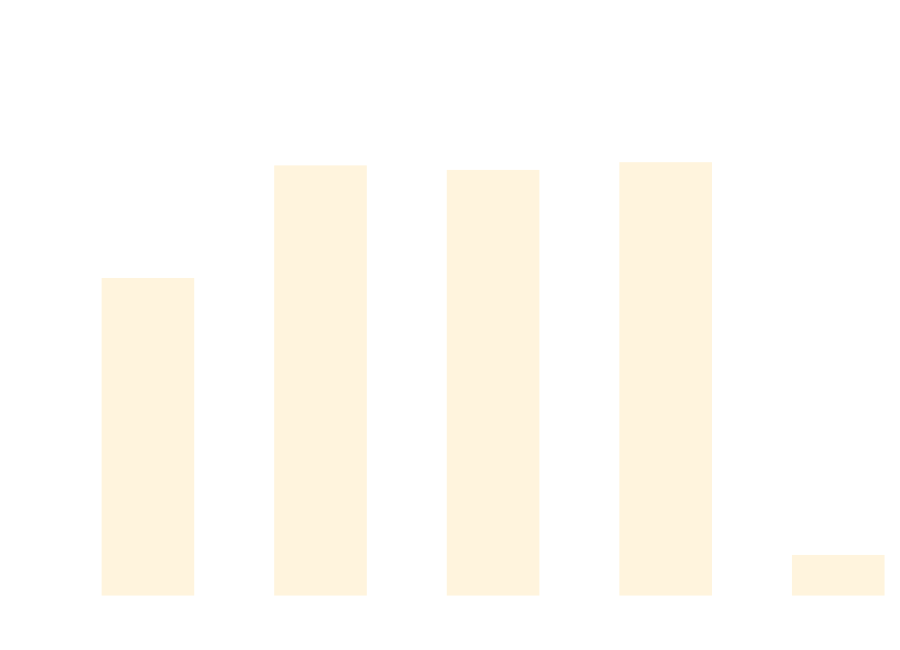
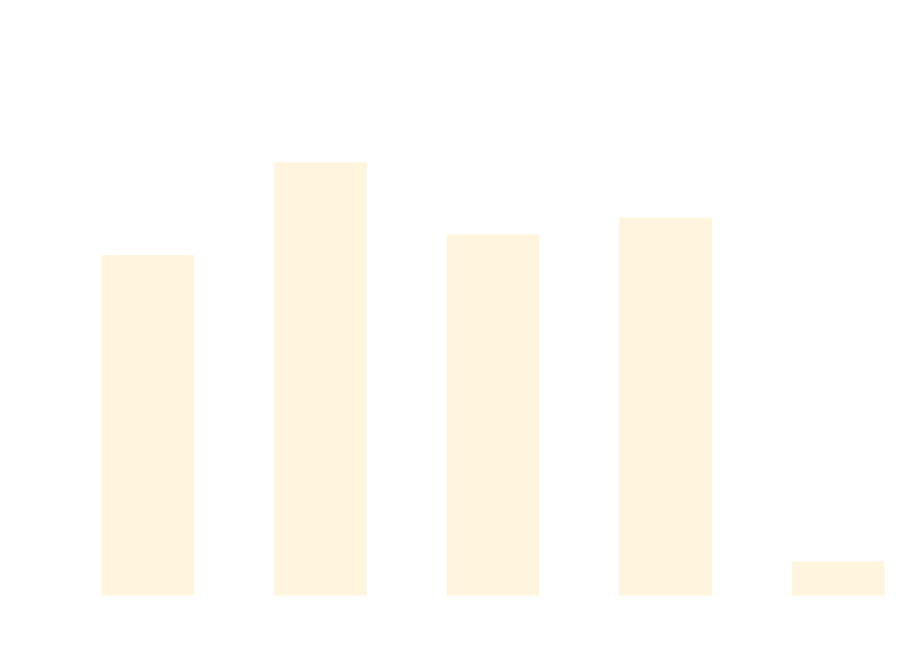
One commit to thomhurst/TUnit changed the diagram in docs/docs/benchmarks/ScaleTests.md. Above: the diagram before and after it, drawn with Mermaid. The commit also changed other lines of this file and 17 other files, not shown here.

````diff
--- a/docs/docs/benchmarks/ScaleTests.md
+++ b/docs/docs/benchmarks/ScaleTests.md
@@ -27,37 +27,37 @@
 ```mermaid
 %%{init: {
   'theme':'base',
   'themeVariables': {
     'primaryColor': '#2563eb',
     'primaryTextColor': '#ffffff',
     'primaryBorderColor': '#1e40af',
     'lineColor': '#6b7280',
     'secondaryColor': '#7c3aed',
     'tertiaryColor': '#dc2626',
     'background': '#ffffff',
     'mainBkg': '#2563eb',
     'secondBkg': '#7c3aed',
     'tertiaryBkg': '#dc2626',
     'clusterBkg': '#f3f4f6',
     'edgeLabelBackground': '#ffffff',
     'tertiaryTextColor': '#1f2937',
     'pie1': '#2563eb',
     'pie2': '#7c3aed',
     'pie3': '#dc2626',
     'pie4': '#f59e0b',
     'pie5': '#10b981',
     'pie6': '#06b6d4',
     'pie7': '#ec4899',
     'pie8': '#6366f1',
     'pie9': '#84cc16',
     'pie10': '#f97316',
     'pie11': '#14b8a6',
     'pie12': '#a855f7'
   }
 }}%%
 xychart-beta
   title "ScaleTests Performance Comparison"
   x-axis ["TUnit", "NUnit", "MSTest", "xUnit3", "TUnit_AOT"]
-  y-axis "Time (ms)" 0 --> 801
-  bar [484.58, 661.82, 654.74, 666.87, 48.52]
+  y-axis "Time (ms)" 0 --> 841
+  bar [546.39, 700.1, 580.88, 608.42, 40.17]
 ```
````
